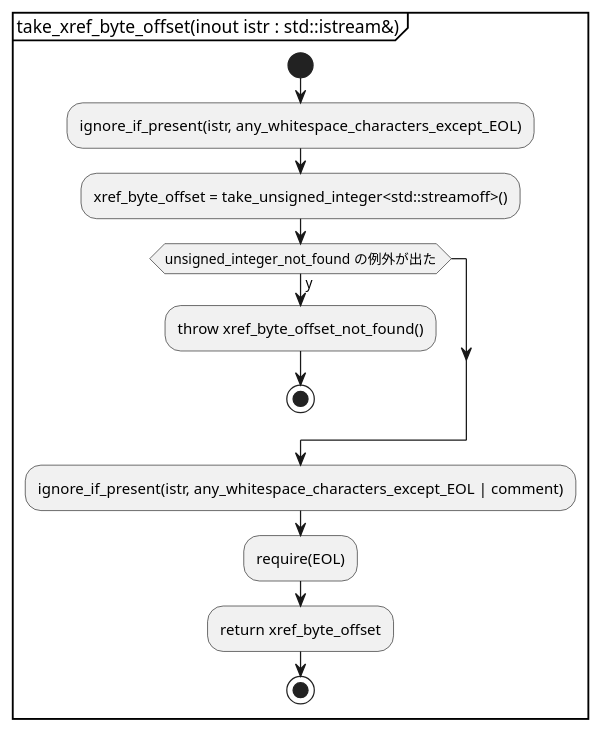
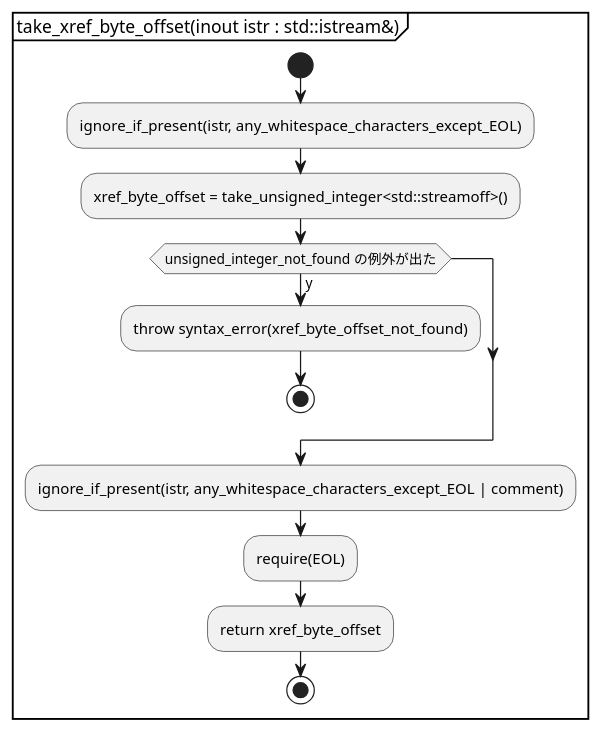
The fifth of 11 diagrams in document/parser.activity.pu (KodaiYM/PDFReader), drawn with PlantUML before and after one commit. The commit also changed 1 other file, not shown here.

Commit message:
wrote take_xref_table, take_xref_byte_offset

```diff
--- a/document/parser.activity.pu
+++ b/document/parser.activity.pu
@@ -74,15 +74,15 @@
 @startuml take_xref_byte_offset
 partition "take_xref_byte_offset(inout istr : std::istream&)" {
 start
 	:ignore_if_present(istr, any_whitespace_characters_except_EOL);
 	:xref_byte_offset = take_unsigned_integer<std::streamoff>();
 	if (unsigned_integer_not_found の例外が出た) then (y)
-		:throw xref_byte_offset_not_found();
+		:throw syntax_error(xref_byte_offset_not_found);
 		stop
 	endif
 	:ignore_if_present(istr, any_whitespace_characters_except_EOL | comment);
 	:require(EOL);
 	:return xref_byte_offset;
 stop
 }
 @enduml
```
